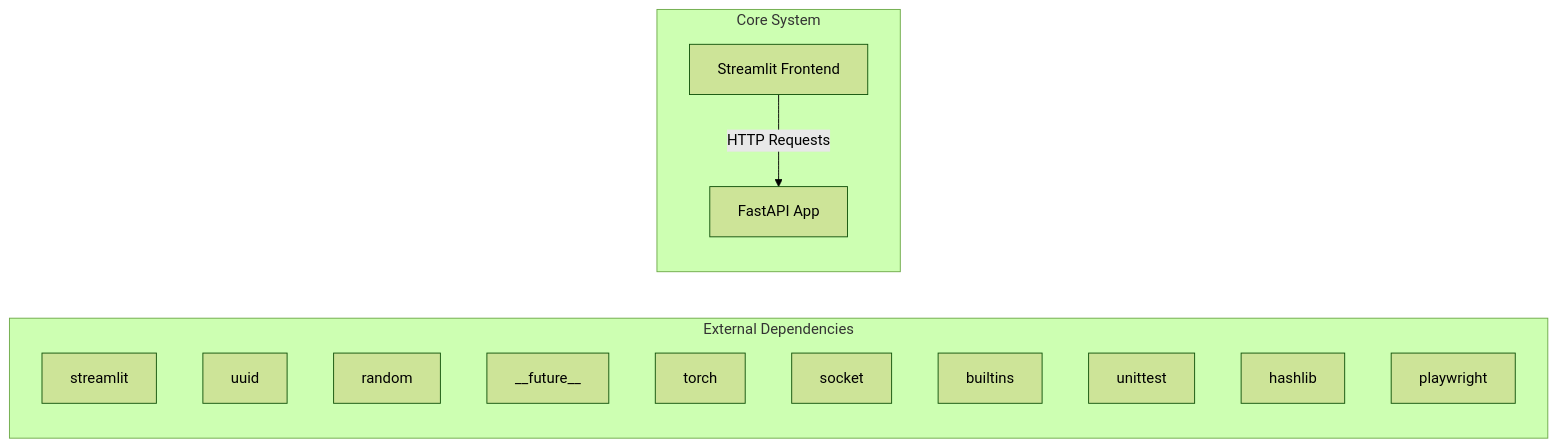
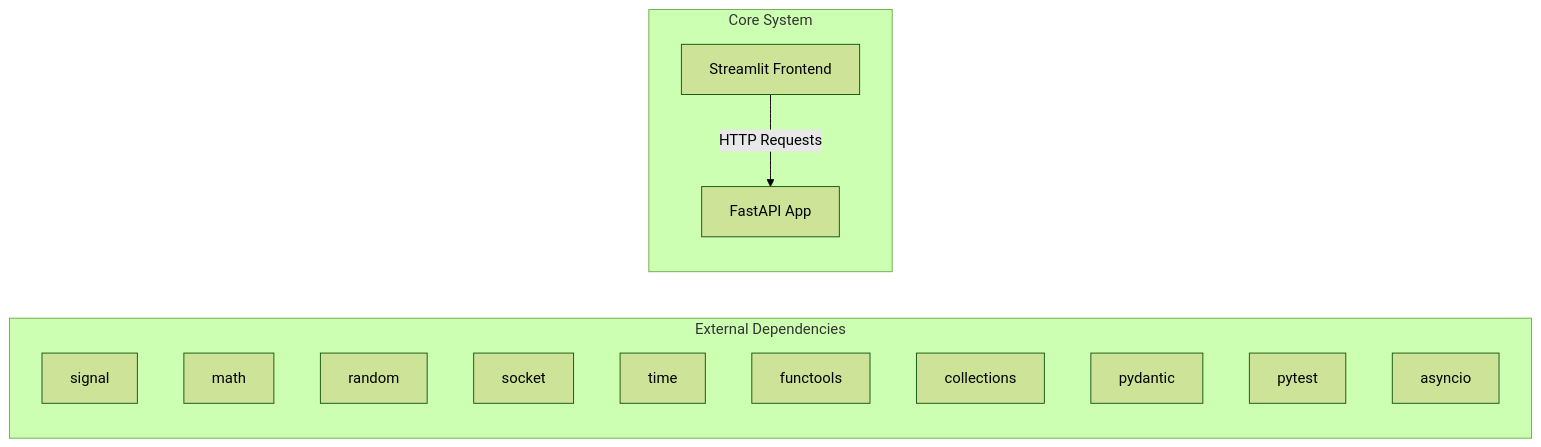
Before and after one commit to NITISH-R-G/rag-context-optimizer: the first of 2 diagrams in docs/architecture.md, drawn with Mermaid (forest theme). The commit also changed 1 other file, not shown here.

Commit message:
docs: auto-update repository knowledge, architecture diagrams, and documentation

````diff
--- a/docs/architecture.md
+++ b/docs/architecture.md
@@ -7,20 +7,20 @@
 ```mermaid
 graph LR
     subgraph External Dependencies
-        E0["streamlit"]
-        E1["uuid"]
+        E0["signal"]
+        E1["math"]
         E2["random"]
-        E3["__future__"]
-        E4["torch"]
-        E5["socket"]
-        E6["builtins"]
-        E7["unittest"]
-        E8["hashlib"]
-        E9["playwright"]
+        E3["socket"]
+        E4["time"]
+        E5["functools"]
+        E6["collections"]
+        E7["pydantic"]
+        E8["pytest"]
+        E9["asyncio"]
     end
     subgraph Core System
         API["FastAPI App"]
         UI["Streamlit Frontend"]
     end
     UI -->|HTTP Requests| API
 ```
````
